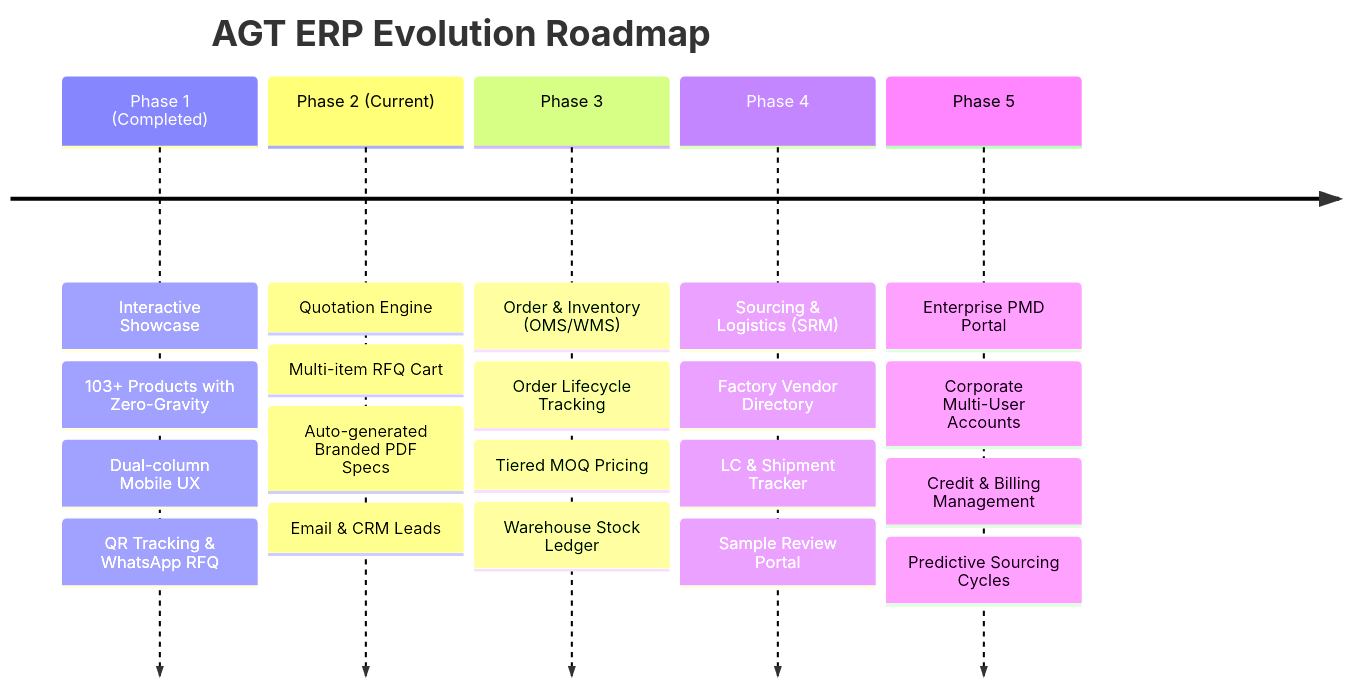
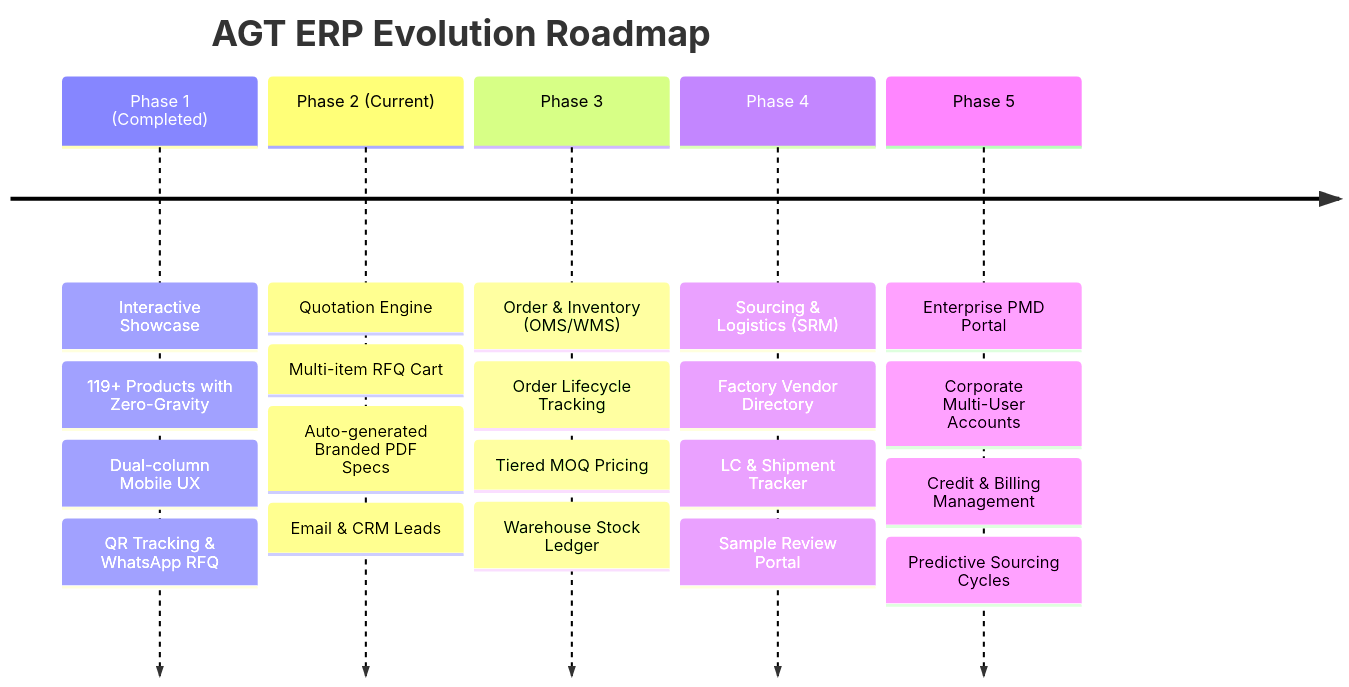
One commit to TalhaTamim45/agt-platform changed the second of 2 diagrams in PROJECT.md. Above: the diagram before and after it, drawn with Mermaid. The commit also changed other lines of this file and 18 other files, not shown here.

Commit message:
feat(catalog): add 16 new B2B products (AGT-104 to AGT-119) with zero-gravity WebP assets

````diff
--- a/PROJECT.md
+++ b/PROJECT.md
@@ -83,9 +83,9 @@
 ```mermaid
 timeline
     title AGT ERP Evolution Roadmap
-    Phase 1 (Completed) : Interactive Showcase : 103+ Products with Zero-Gravity : Dual-column Mobile UX : QR Tracking & WhatsApp RFQ
+    Phase 1 (Completed) : Interactive Showcase : 119+ Products with Zero-Gravity : Dual-column Mobile UX : QR Tracking & WhatsApp RFQ
     Phase 2 (Current) : Quotation Engine : Multi-item RFQ Cart : Auto-generated Branded PDF Specs : Email & CRM Leads
     Phase 3 : Order & Inventory (OMS/WMS) : Order Lifecycle Tracking : Tiered MOQ Pricing : Warehouse Stock Ledger
     Phase 4 : Sourcing & Logistics (SRM) : Factory Vendor Directory : LC & Shipment Tracker : Sample Review Portal
     Phase 5 : Enterprise PMD Portal : Corporate Multi-User Accounts : Credit & Billing Management : Predictive Sourcing Cycles
 ```
````
